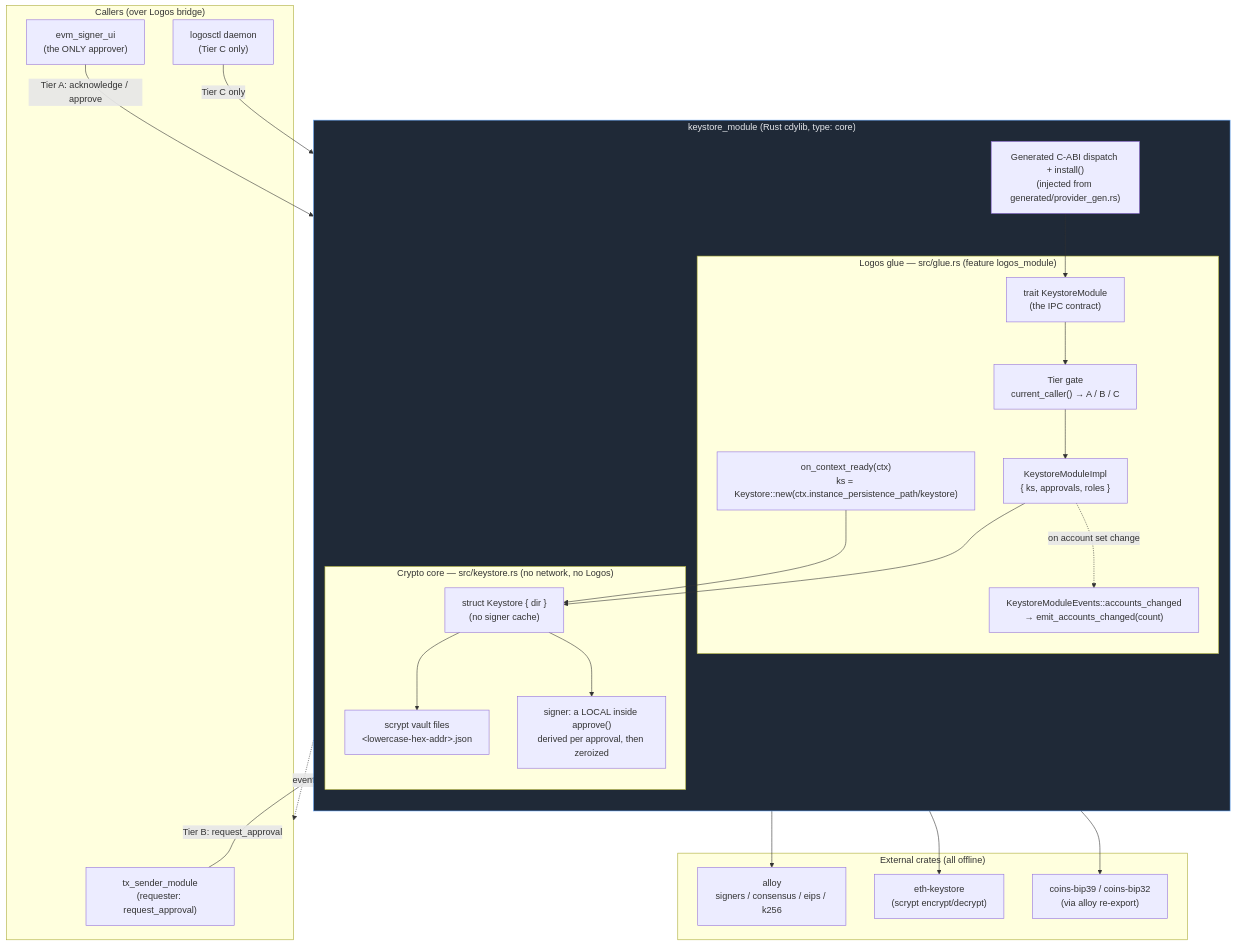
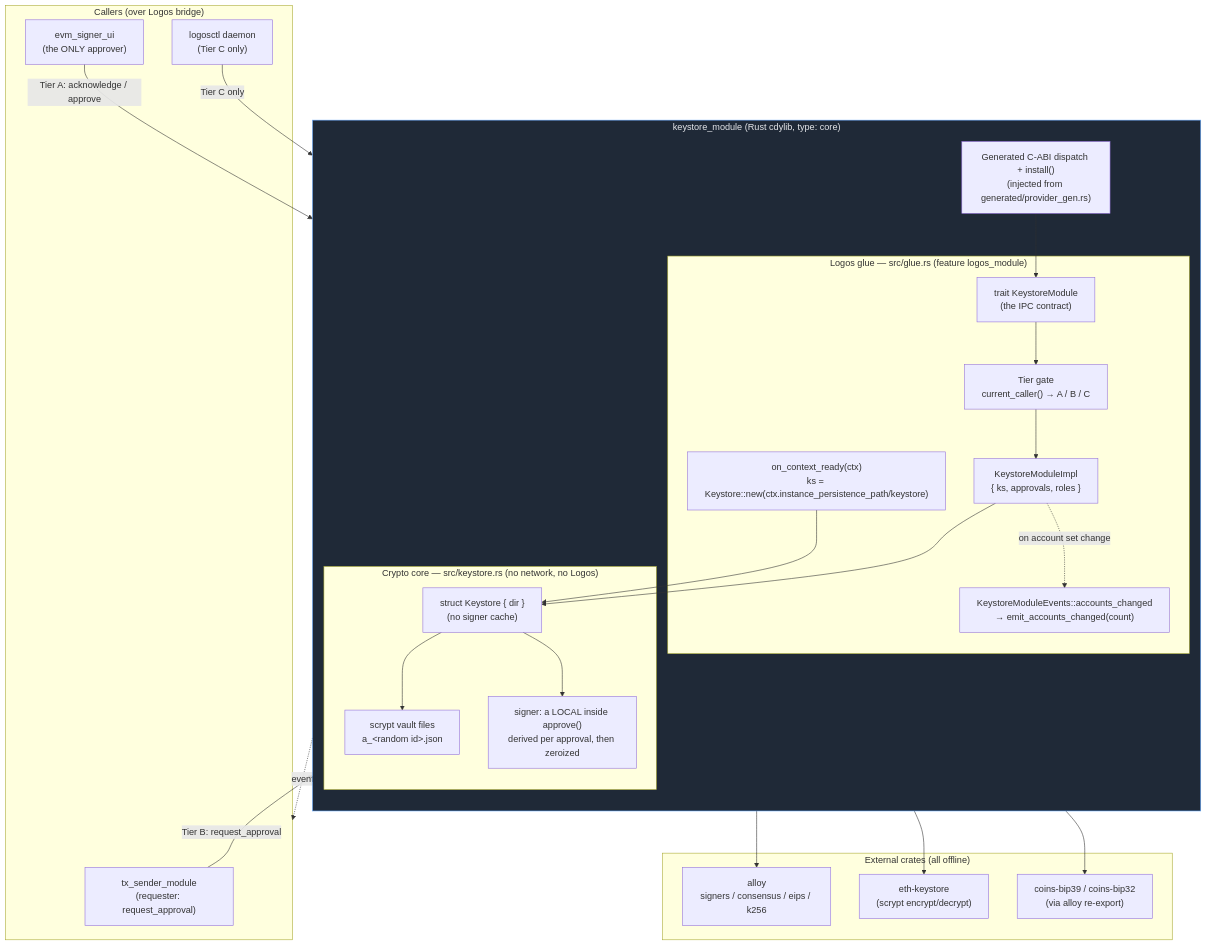
The first of 2 diagrams in docs/specs.md (logos-co/logos-evm-keystore-module), drawn with Mermaid before and after one commit. The commit also changed other lines of this file and 11 other files, not shown here.

````diff
--- a/docs/specs.md
+++ b/docs/specs.md
@@ -66,50 +66,50 @@
 ```mermaid
 flowchart TB
     subgraph Callers["Callers (over Logos bridge)"]
         BE["tx_sender_module<br/>(requester: request_approval)"]
         SU["evm_signer_ui<br/>(the ONLY approver)"]
         LC["logosctl daemon<br/>(Tier C only)"]
     end
 
     subgraph Module["keystore_module (Rust cdylib, type: core)"]
         direction TB
         DISP["Generated C-ABI dispatch + install()<br/>(injected from generated/provider_gen.rs)"]
         subgraph Glue["Logos glue — src/glue.rs (feature logos_module)"]
             TRAIT["trait KeystoreModule<br/>(the IPC contract)"]
             IMPL["KeystoreModuleImpl<br/>{ ks, approvals, roles }"]
             GATE["Tier gate<br/>current_caller() → A / B / C"]
             EV["KeystoreModuleEvents::accounts_changed<br/>→ emit_accounts_changed(count)"]
             CTX["on_context_ready(ctx)<br/>ks = Keystore::new(ctx.instance_persistence_path/keystore)"]
         end
         subgraph Core["Crypto core — src/keystore.rs (no network, no Logos)"]
             KS["struct Keystore { dir }<br/>(no signer cache)"]
-            VAULTS["scrypt vault files<br/>&lt;lowercase-hex-addr&gt;.json"]
+            VAULTS["scrypt vault files<br/>a_&lt;random id&gt;.json"]
             MEM["signer: a LOCAL inside approve()<br/>derived per approval, then zeroized"]
         end
     end
 
     subgraph Deps["External crates (all offline)"]
         ALLOY["alloy<br/>signers / consensus / eips / k256"]
         ETHKS["eth-keystore<br/>(scrypt encrypt/decrypt)"]
         BIP39["coins-bip39 / coins-bip32<br/>(via alloy re-export)"]
     end
 
     BE -->|Tier B: request_approval| DISP
     SU -->|Tier A: acknowledge / approve| DISP
     LC -->|Tier C only| DISP
     DISP --> TRAIT
     TRAIT --> GATE
     GATE --> IMPL
     IMPL --> KS
     IMPL -.->|on account set change| EV
     EV -.->|event| Callers
     CTX --> KS
     KS --> VAULTS
     KS --> MEM
     KS --> ALLOY
     KS --> ETHKS
     KS --> BIP39
 
     classDef boundary fill:#1f2937,stroke:#60a5fa,color:#e5e7eb;
     class Module boundary;
 ```
````
